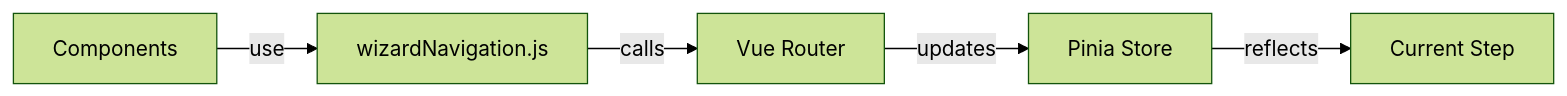
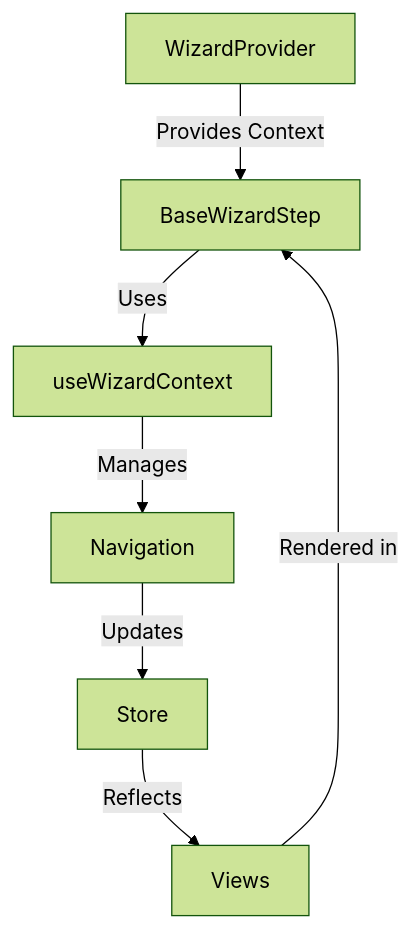
The first of 2 diagrams in README.md (eric-fern/wizardteach), drawn with Mermaid (forest theme) before and after one commit. The commit also changed other lines of this file, not shown here.

Commit message:
refactor(wizard): Implement context-based navigation and enhance modularity - Introduced WizardProvider for centralized context management - Refactored navigation to use composition API - Added ThinkingStep component - Enhanced error handling - Updated README and architecture docs

````diff
--- a/README.md
+++ b/README.md
@@ -139,7 +262,9 @@
 ```mermaid
-graph LR
-    Component[Components] --> |use| Nav[wizardNavigation.js]
-    Nav --> |calls| Router[Vue Router]
-    Router --> |updates| Store[Pinia Store]
-    Store --> |reflects| State[Current Step]
+graph TD
+    WP[WizardProvider] -->|Provides Context| BWS[BaseWizardStep]
+    BWS -->|Uses| WC[useWizardContext]
+    WC -->|Manages| N[Navigation]
+    N -->|Updates| S[Store]
+    S -->|Reflects| V[Views]
+    V -->|Rendered in| BWS
 ```
````
